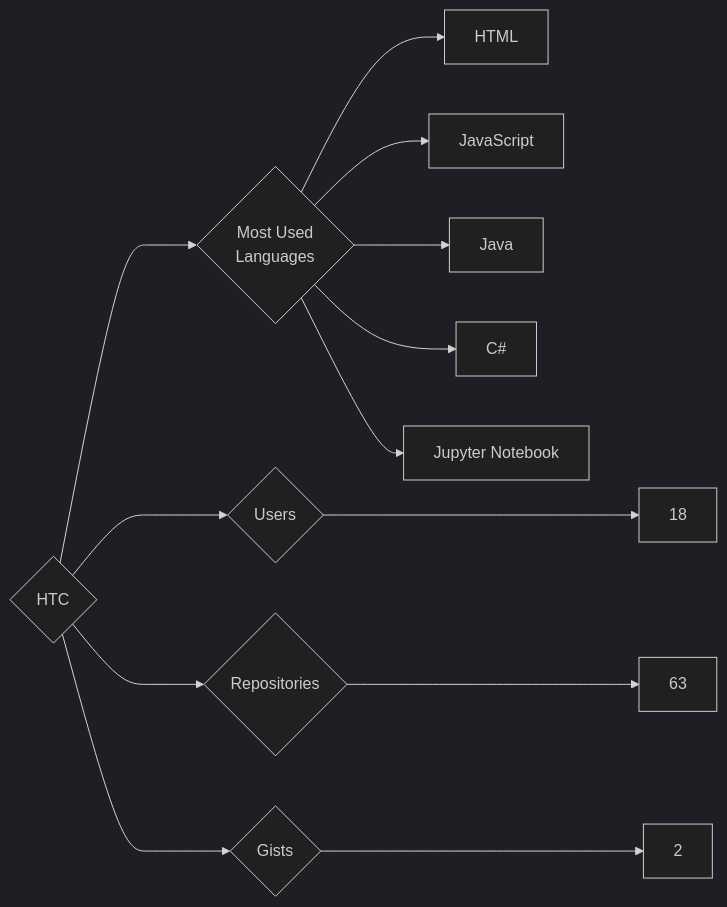
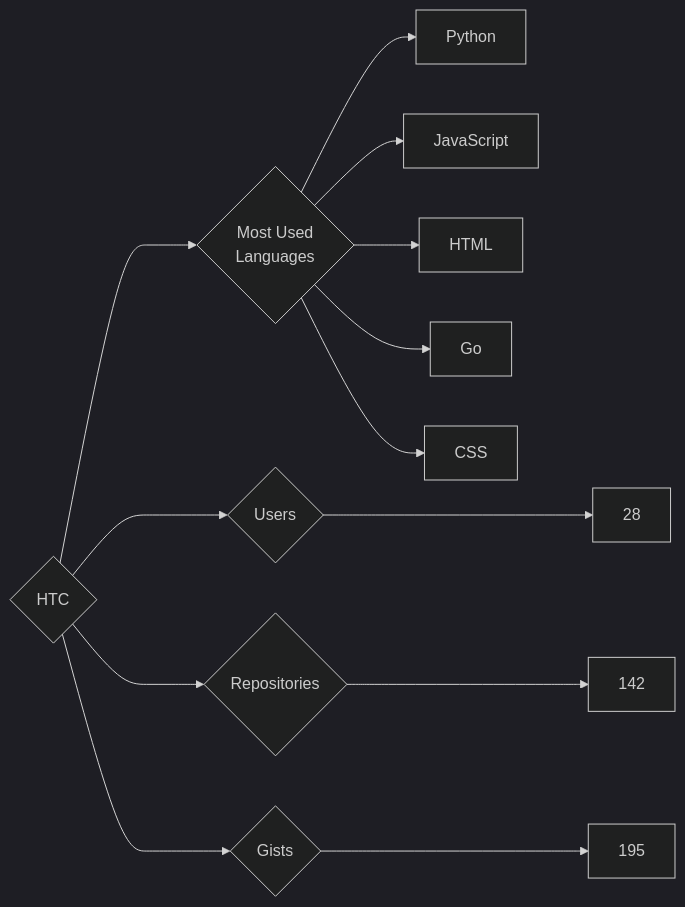
Before and after one commit to trickest/insiders: the diagram in targets/HTC/README.md, drawn with Mermaid (dark theme). The commit also changed 882 other files, not shown here.

````diff
--- a/targets/HTC/README.md
+++ b/targets/HTC/README.md
@@ -3,13 +3,13 @@
 ```mermaid
 graph LR
 COMPANY_NAME{HTC}
-COMPANY_NAME ---> U{Users} ---> UN[18]
-COMPANY_NAME ---> R{Repositories} ---> RN[63]
-COMPANY_NAME ---> G{Gists} ---> GN[2]
+COMPANY_NAME ---> U{Users} ---> UN[28]
+COMPANY_NAME ---> R{Repositories} ---> RN[142]
+COMPANY_NAME ---> G{Gists} ---> GN[195]
 COMPANY_NAME ---> ML{Most Used<br>Languages}
+ML --> Python[Python]
+ML --> JavaScript[JavaScript]
 ML --> HTML[HTML]
-ML --> JavaScript[JavaScript]
-ML --> Java[Java]
-ML --> C#[C#]
-ML --> Jupyter_Notebook[Jupyter Notebook]
+ML --> Go[Go]
+ML --> CSS[CSS]
 ```
````
